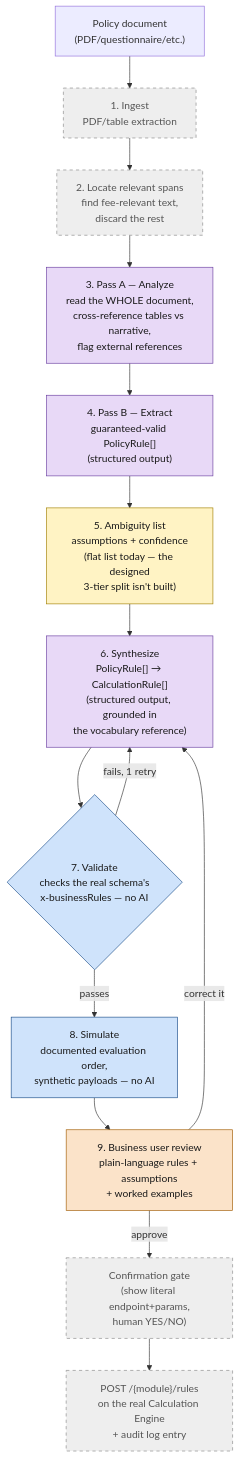
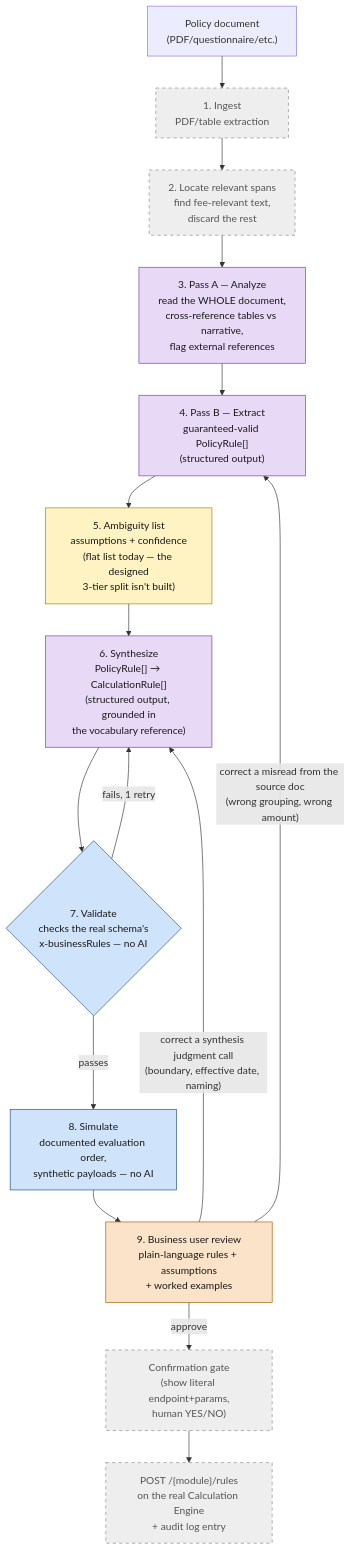
The first of 5 diagrams in DEMO.md (srujana-egov/policy-to-calc-spec), drawn with Mermaid before and after one commit. The commit also changed other lines of this file, not shown here.

````diff
--- a/DEMO.md
+++ b/DEMO.md
@@ -30,25 +30,26 @@
 ```mermaid
 flowchart TD
     DOC["Policy document<br/>(PDF/questionnaire/etc.)"] --> S1
     S1["1. Ingest<br/>PDF/table extraction"]:::notbuilt --> S2
     S2["2. Locate relevant spans<br/>find fee-relevant text,<br/>discard the rest"]:::notbuilt --> S3
     S3["3. Pass A — Analyze<br/>read the WHOLE document,<br/>cross-reference tables vs narrative,<br/>flag external references"]:::ai --> S4
     S4["4. Pass B — Extract<br/>guaranteed-valid PolicyRule[]<br/>(structured output)"]:::ai --> S5
     S5["5. Ambiguity list<br/>assumptions + confidence<br/>(flat list today — the designed<br/>3-tier split isn't built)"]:::partial --> S6
     S6["6. Synthesize<br/>PolicyRule[] → CalculationRule[]<br/>(structured output, grounded in<br/>the vocabulary reference)"]:::ai --> S7
     S7{"7. Validate<br/>checks the real schema's<br/>x-businessRules — no AI"}:::code
     S7 -->|fails, 1 retry| S6
     S7 -->|passes| S8
     S8["8. Simulate<br/>documented evaluation order,<br/>synthetic payloads — no AI"]:::code --> S9
     S9["9. Business user review<br/>plain-language rules + assumptions<br/>+ worked examples"]:::human
-    S9 -->|correct it| S6
+    S9 -->|"correct a synthesis judgment call<br/>(boundary, effective date, naming)"| S6
+    S9 -->|"correct a misread from the source doc<br/>(wrong grouping, wrong amount)"| S4
     S9 -->|approve| GATE
     GATE["Confirmation gate<br/>(show literal endpoint+params,<br/>human YES/NO)"]:::notbuilt --> WRITE
     WRITE["POST /{module}/rules<br/>on the real Calculation Engine<br/>+ audit log entry"]:::notbuilt
 
     classDef ai fill:#e8d9f7,stroke:#6a3fa0,color:#1a1a1a
     classDef code fill:#cfe3fb,stroke:#1b4d89,color:#1a1a1a
     classDef human fill:#fbe3c9,stroke:#a15b00,color:#1a1a1a
     classDef partial fill:#fff3c4,stroke:#a17f00,color:#1a1a1a
     classDef notbuilt fill:#eeeeee,stroke:#888888,color:#555555,stroke-dasharray: 5 5
 ```
````
